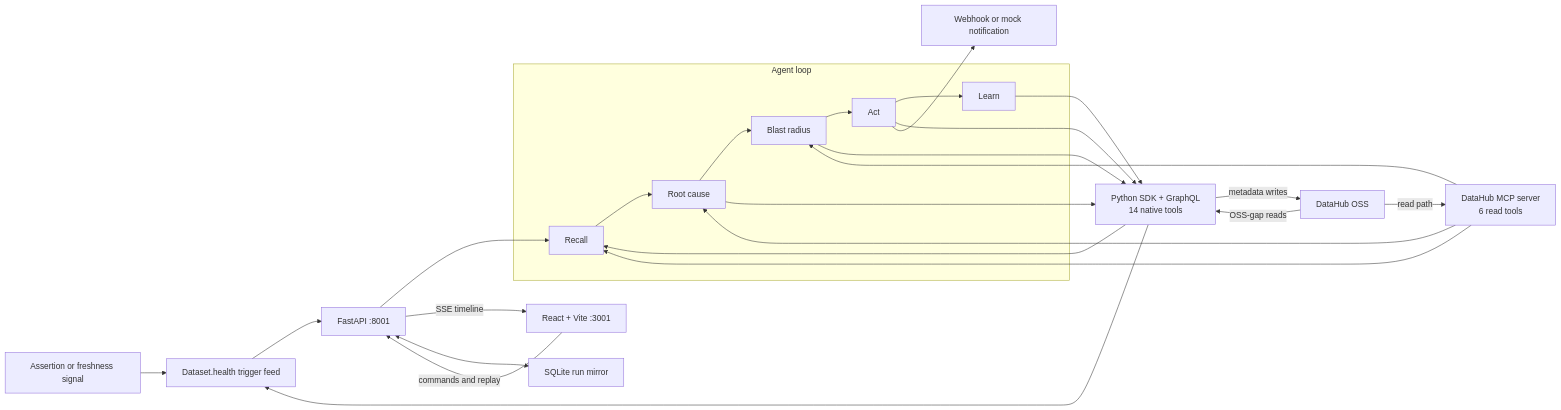
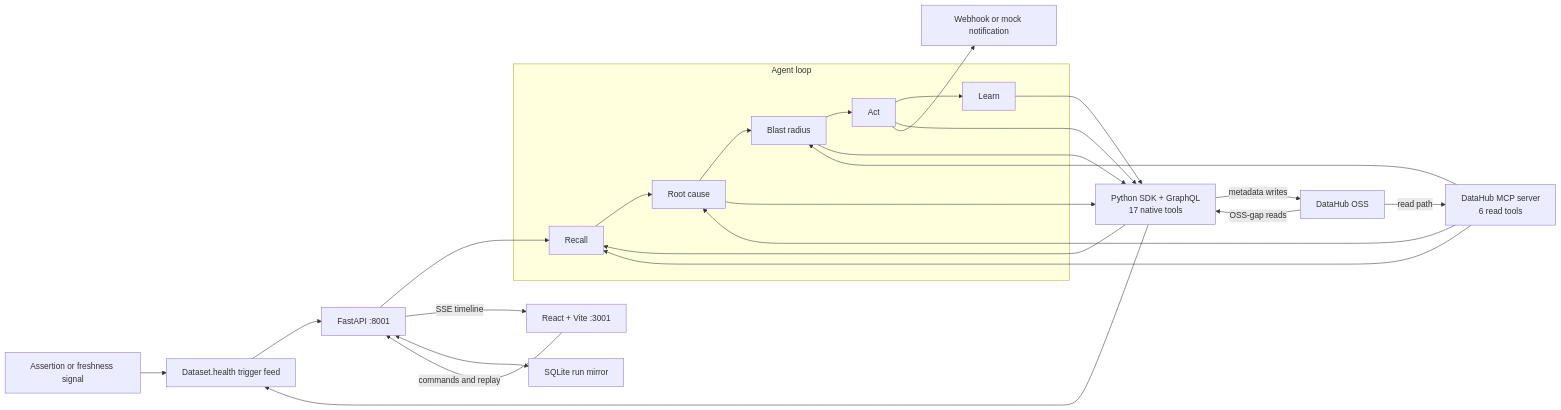
One commit to yadneshSalvi/datahub-data-engineer-agent changed the diagram in README.md. Above: the diagram before and after it, drawn with Mermaid. The commit also changed other lines of this file and 40 other files, not shown here.

First line of the commit message:
fix(agent): schema-aware root cause, index-corroborated stop rule, honest invalid runs

````diff
--- a/README.md
+++ b/README.md
@@ -16,32 +16,32 @@
 ```mermaid
 graph LR
     Trigger["Assertion or freshness signal"] --> Health["Dataset.health trigger feed"]
     Health --> API["FastAPI :8001"]
     API --> Recall
 
     subgraph Loop["Agent loop"]
         Recall["Recall"] --> RCA["Root cause"]
         RCA --> Blast["Blast radius"]
         Blast --> Act["Act"]
         Act --> Learn["Learn"]
     end
 
     DH["DataHub OSS"] -->|"read path"| MCP["DataHub MCP server<br/>6 read tools"]
     MCP --> Recall
     MCP --> RCA
     MCP --> Blast
 
-    DH -->|"OSS-gap reads"| Native["Python SDK + GraphQL<br/>14 native tools"]
+    DH -->|"OSS-gap reads"| Native["Python SDK + GraphQL<br/>17 native tools"]
     Native --> Health
     Native --> Recall
     RCA --> Native
     Blast --> Native
     Act --> Native
     Learn --> Native
     Native -->|"metadata writes"| DH
     Act --> Notify["Webhook or mock notification"]
 
     API -->|"SSE timeline"| UI["React + Vite :3001"]
     UI -->|"commands and replay"| API
     API <--> Store["SQLite run mirror"]
 ```
````
